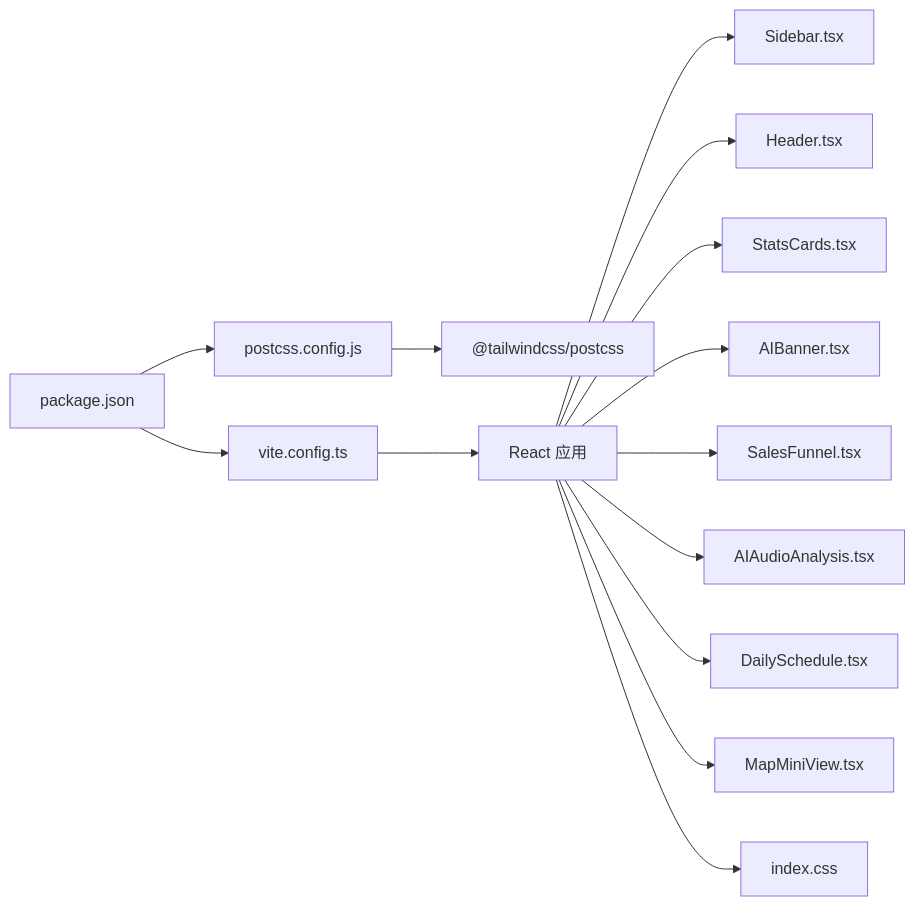
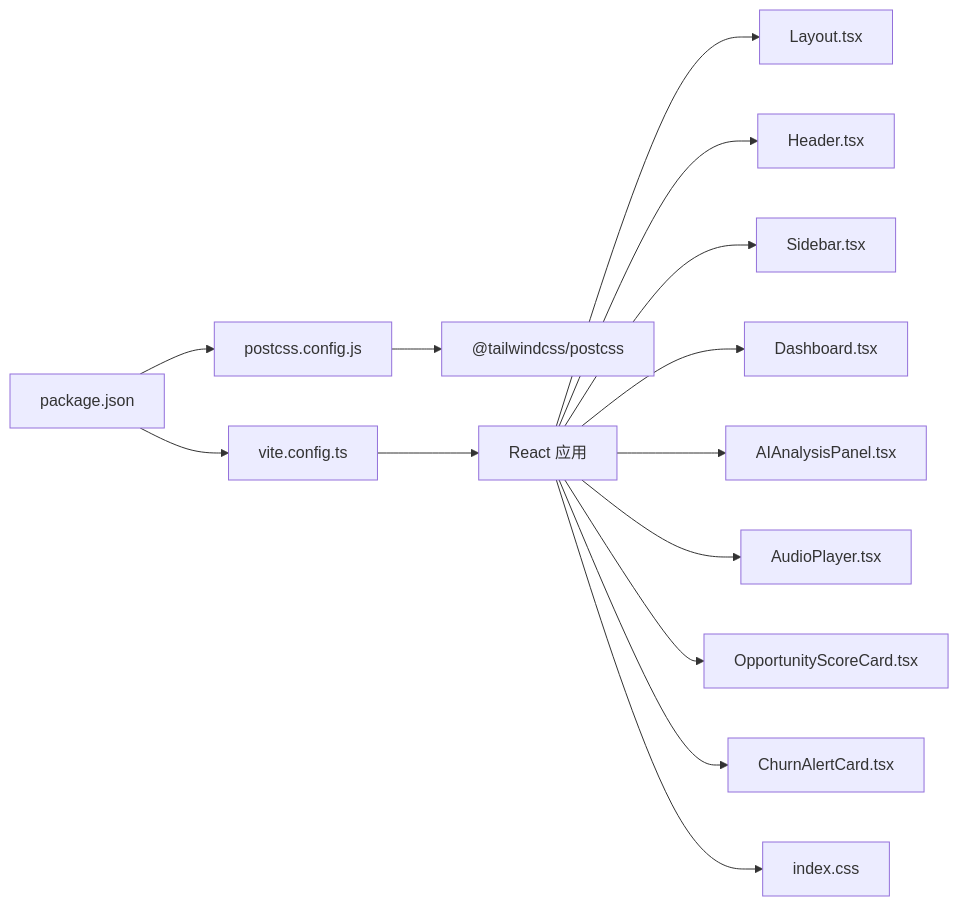
Before and after one commit to xianjianshenqu/SalesFlow-CRM: the fourth of 4 diagrams in .qoder/repowiki/zh/content/UI_UX设计/UI_UX设计.md, drawn with Mermaid. The commit also changed other lines of this file and 9 other files, not shown here.

````diff
--- a/.qoder/repowiki/zh/content/UI_UX设计/UI_UX设计.md
+++ b/.qoder/repowiki/zh/content/UI_UX设计/UI_UX设计.md
@@ -278,16 +338,16 @@
 ```mermaid
 graph LR
 P["package.json"] --> V["vite.config.ts"]
 P --> Post["postcss.config.js"]
 Post --> TW["@tailwindcss/postcss"]
 V --> R["React 应用"]
-R --> C1["Sidebar.tsx"]
+R --> C1["Layout.tsx"]
 R --> C2["Header.tsx"]
-R --> C3["StatsCards.tsx"]
-R --> C4["AIBanner.tsx"]
-R --> C5["SalesFunnel.tsx"]
-R --> C6["AIAudioAnalysis.tsx"]
-R --> C7["DailySchedule.tsx"]
-R --> C8["MapMiniView.tsx"]
+R --> C3["Sidebar.tsx"]
+R --> C4["Dashboard.tsx"]
+R --> C5["AIAnalysisPanel.tsx"]
+R --> C6["AudioPlayer.tsx"]
+R --> C7["OpportunityScoreCard.tsx"]
+R --> C8["ChurnAlertCard.tsx"]
 R --> S["index.css"]
 ```
````
